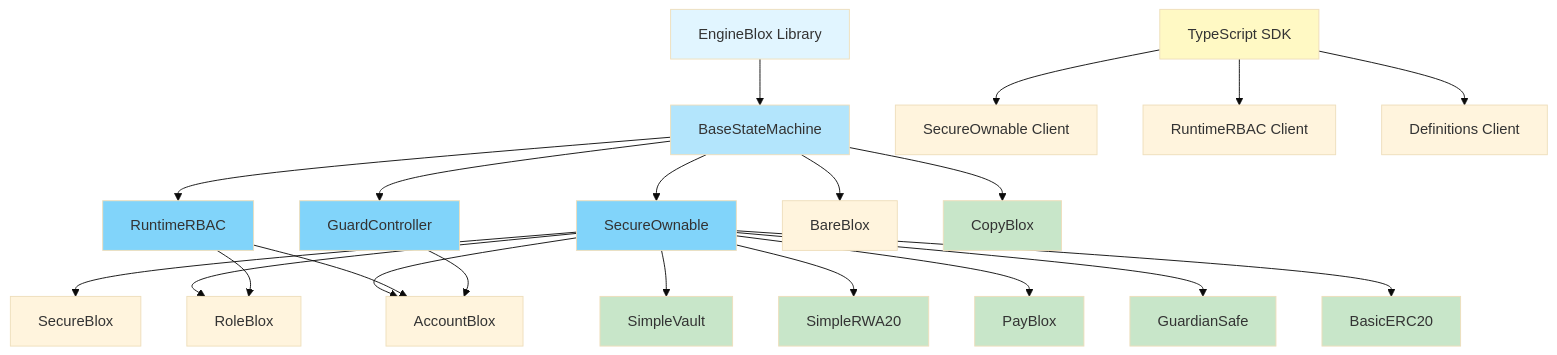
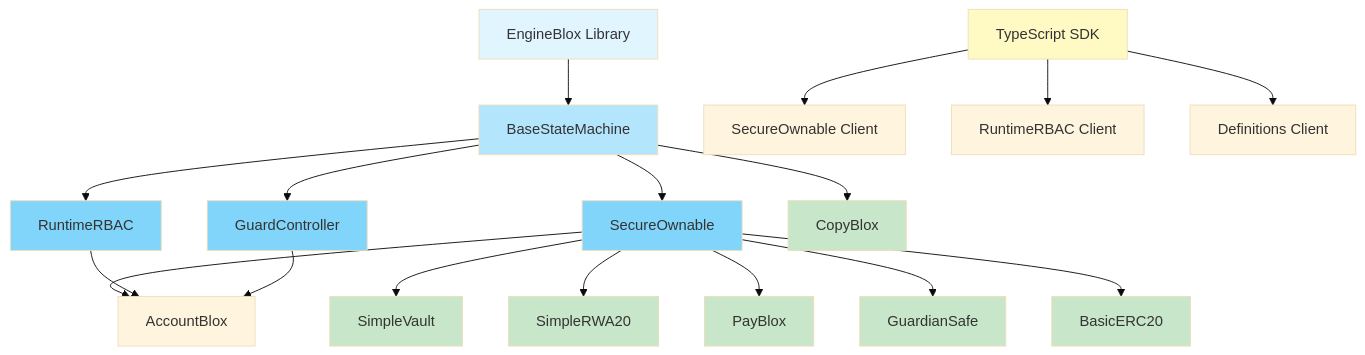
One commit to PracticalParticle/Bloxchain-Protocol changed the diagram in README.md. Above: the diagram before and after it, drawn with Mermaid (base theme). The commit also changed other lines of this file and 50 other files, not shown here.

````diff
--- a/README.md
+++ b/README.md
@@ -35,39 +35,35 @@
 ```mermaid
 graph TB
     A[EngineBlox Library] --> B[BaseStateMachine]
     B --> C[SecureOwnable]
     B --> D[RuntimeRBAC]
     B --> E[GuardController]
     
-    B --> K[BareBlox]
-    C --> G[SecureBlox]
-    C --> H[RoleBlox]
-    D --> H
     C --> I[AccountBlox]
     D --> I
     E --> I
     
     L[TypeScript SDK] --> M[SecureOwnable Client]
     L --> N[RuntimeRBAC Client]
     L --> O[Definitions Client]
     
     C --> P1[SimpleVault]
     C --> P2[SimpleRWA20]
     C --> P3[PayBlox]
     C --> P4[GuardianSafe]
     B --> P5[CopyBlox]
     C --> P6[BasicERC20]
     
     style A fill:#e1f5ff
     style B fill:#b3e5fc
     style C fill:#81d4fa
     style D fill:#81d4fa
     style E fill:#81d4fa
     style L fill:#fff9c4
     style P1 fill:#c8e6c9
     style P2 fill:#c8e6c9
     style P3 fill:#c8e6c9
     style P4 fill:#c8e6c9
     style P5 fill:#c8e6c9
     style P6 fill:#c8e6c9
 ```
````
